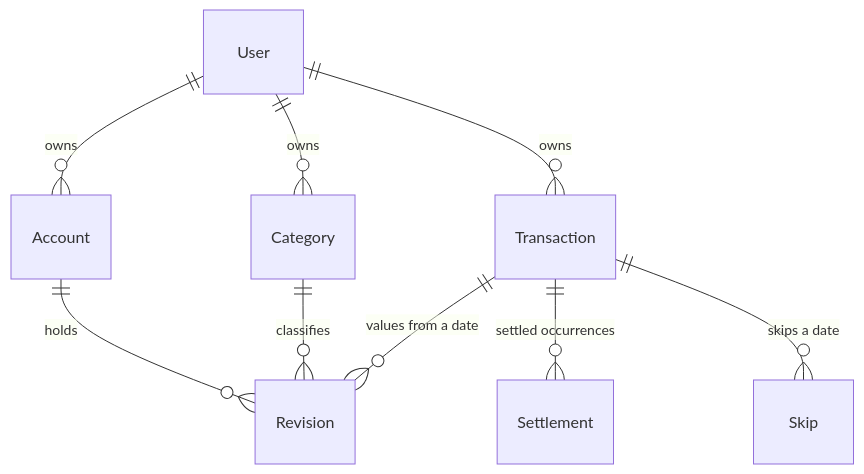
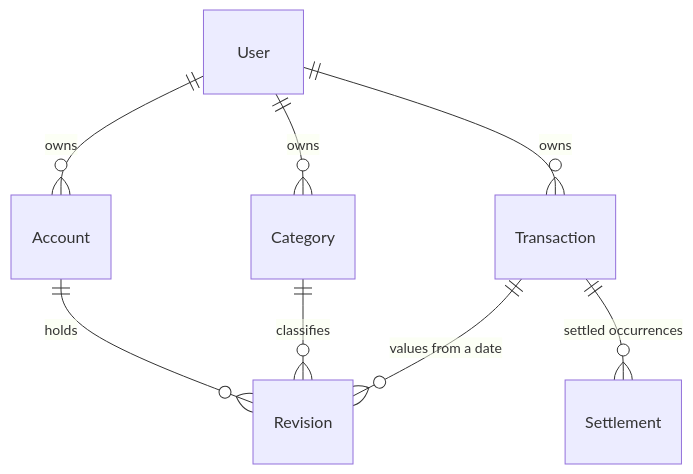
Before and after one commit to tghcastro/capital-care-v2: the third of 3 diagrams in .specs/features/monthly-balance/plan.md, drawn with Mermaid. The commit also changed other lines of this file and 1 other file, not shown here.

````diff
--- a/.specs/features/monthly-balance/plan.md
+++ b/.specs/features/monthly-balance/plan.md
@@ -61,11 +58,10 @@
 ```mermaid
 erDiagram
     User ||--o{ Account : owns
     User ||--o{ Category : owns
     User ||--o{ Transaction : owns
     Transaction ||--o{ Revision : "values from a date"
     Transaction ||--o{ Settlement : "settled occurrences"
-    Transaction ||--o{ Skip : "skips a date"
     Account ||--o{ Revision : "holds"
     Category ||--o{ Revision : "classifies"
 ```
````
